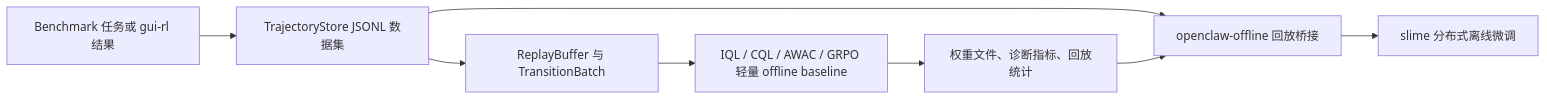
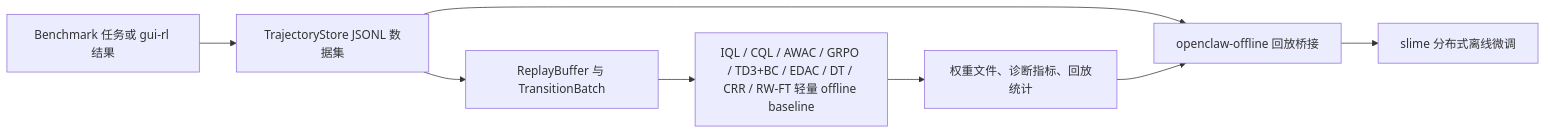
One commit to MING-ZCH/OpenClaw-RL-Offline changed the diagram in README.zh-CN.md. Above: the diagram before and after it, drawn with Mermaid. The commit also changed other lines of this file and 7 other files, not shown here.

First line of the commit message:
feat: add CRR + RW-FT algorithms; update docs for EDAC/DT/CRR/RW-FT; 168 tests pass

````diff
--- a/README.zh-CN.md
+++ b/README.zh-CN.md
@@ -9,10 +9,10 @@
 ```mermaid
 flowchart LR
   A[Benchmark 任务或 gui-rl 结果] --> B[TrajectoryStore JSONL 数据集]
   B --> C[ReplayBuffer 与 TransitionBatch]
-  C --> D[IQL / CQL / AWAC / GRPO 轻量 offline baseline]
+  C --> D[IQL / CQL / AWAC / GRPO / TD3+BC / EDAC / DT / CRR / RW-FT 轻量 offline baseline]
   D --> E[权重文件、诊断指标、回放统计]
   B --> F[openclaw-offline 回放桥接]
   E --> F
   F --> G[slime 分布式离线微调]
 ```
````
